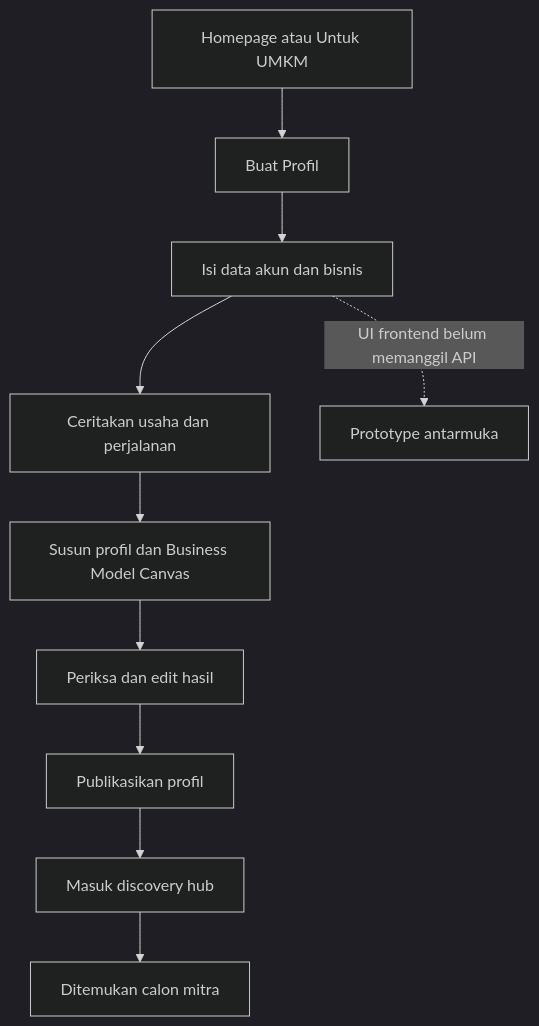
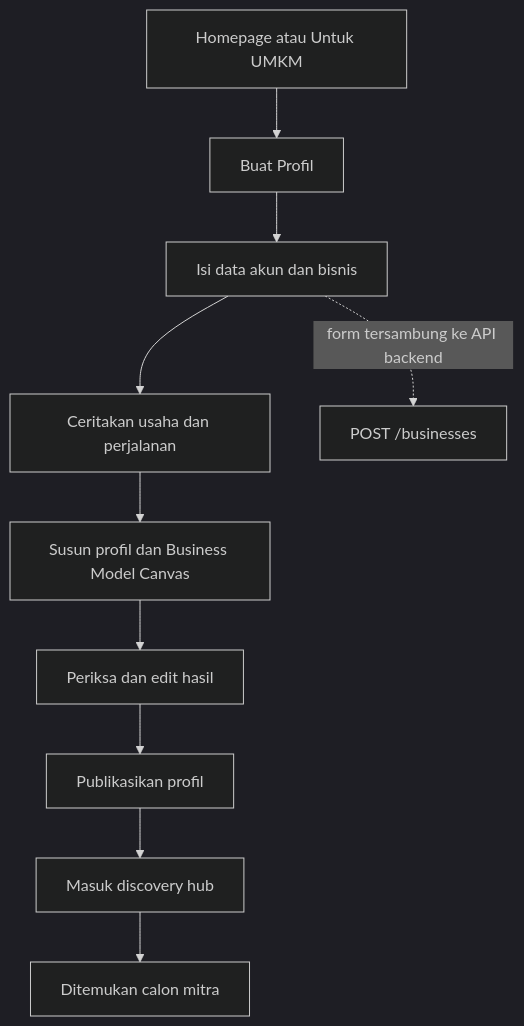
Before and after one commit to abnibsth/lumora: the second of 6 diagrams in README.md, drawn with Mermaid (dark theme). The commit also changed other lines of this file and 63 other files, not shown here.

````diff
--- a/README.md
+++ b/README.md
@@ -102,12 +102,12 @@
 ```mermaid
 flowchart TD
     A[Homepage atau Untuk UMKM] --> B[Buat Profil]
     B --> C[Isi data akun dan bisnis]
     C --> D[Ceritakan usaha dan perjalanan]
     D --> E[Susun profil dan Business Model Canvas]
     E --> F[Periksa dan edit hasil]
     F --> G[Publikasikan profil]
     G --> H[Masuk discovery hub]
     H --> I[Ditemukan calon mitra]
-    C -. UI frontend belum memanggil API .-> J[Prototype antarmuka]
+    C -. form tersambung ke API backend .-> J[POST /businesses]
 ```
````
